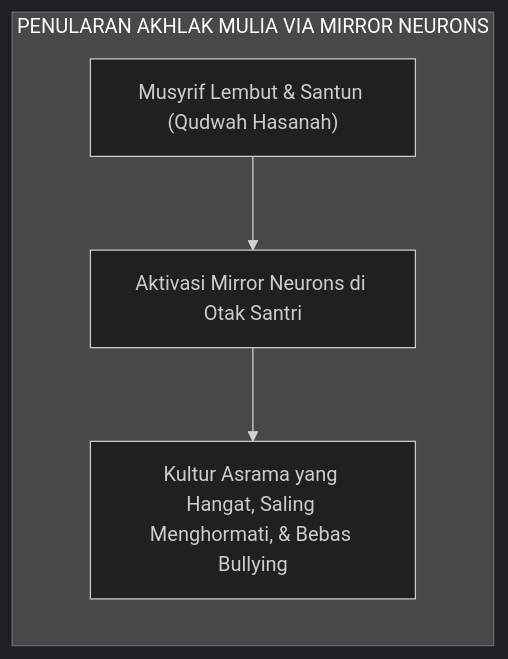
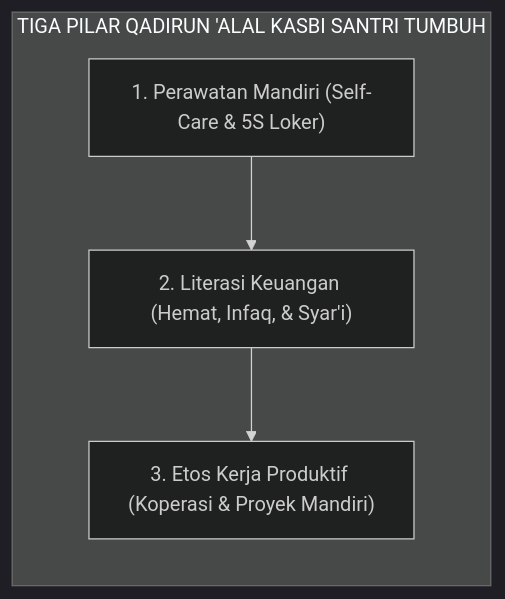
One commit to wandiapriliyandi/tumbuh changed diagram 11 of 47 in BOOK-SERIES/Volume-02/Buku-Volume-02-Taksonomi-Kapasitas-dan-10-Profil-Karakter.md. Above: the diagram before and after it, drawn with Mermaid (dark theme). The commit also changed other lines of this file and 27 other files, not shown here.

````diff
--- a/BOOK-SERIES/Volume-02/Buku-Volume-02-Taksonomi-Kapasitas-dan-10-Profil-Karakter.md
+++ b/BOOK-SERIES/Volume-02/Buku-Volume-02-Taksonomi-Kapasitas-dan-10-Profil-Karakter.md
@@ -786,7 +625,7 @@
 ```mermaid
 graph LR
-    subgraph ResonansiAkhlak["PENULARAN AKHLAK MULIA VIA MIRROR NEURONS"]
-        Musyrif["Musyrif Lembut & Santun (Qudwah Hasanah)"] --> Saraf["Aktivasi Mirror Neurons di Otak Santri"]
-        Saraf --> Kamar["Kultur Asrama yang Hangat, Saling Menghormati, & Bebas Bullying"]
+    subgraph TigaPilarKemandirian["TIGA PILAR QADIRUN 'ALAL KASBI SANTRI TUMBUH"]
+        Raga["1. Perawatan Mandiri (Self-Care & 5S Loker)"] --> Uang["2. Literasi Keuangan (Hemat, Infaq, & Syar'i)"]
+        Uang --> Karya["3. Etos Kerja Produktif (Koperasi & Proyek Mandiri)"]
     end
 ```
````
